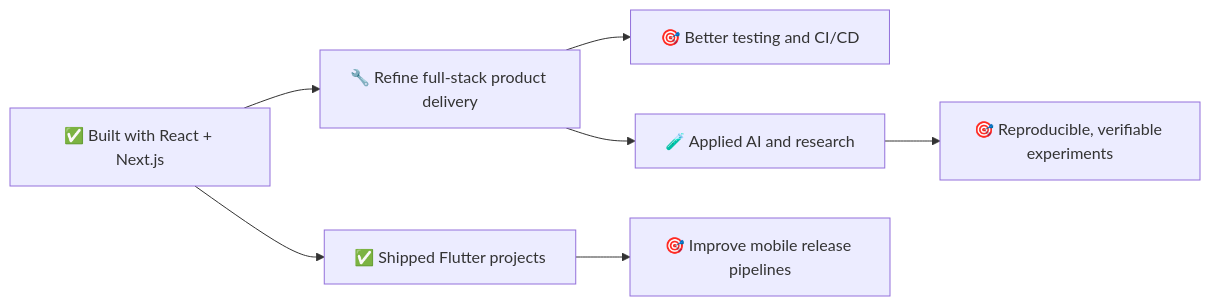
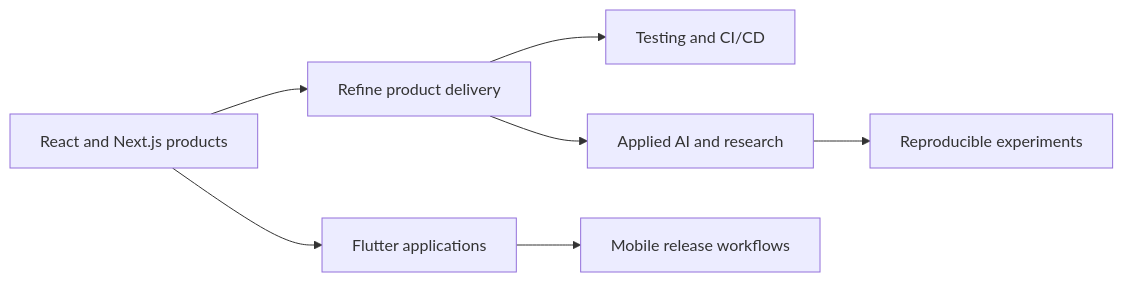
The diagram in README.md (Rafi12234/Rafi12234), drawn with Mermaid before and after one commit. The commit also changed other lines of this file, not shown here.

Commit message:
fix(profile): restore branded header and valid GitHub Markdown cards and roadmap

````diff
--- a/README.md
+++ b/README.md
@@ -695,9 +607,9 @@
 ```mermaid
-graph LR
-  A[✅ Built with React + Next.js] --> B[🔧 Refine full-stack product delivery]
-  A --> C[✅ Shipped Flutter projects]
-  B --> D[🎯 Better testing and CI/CD]
-  C --> E[🎯 Improve mobile release pipelines]
-  B --> F[🧪 Applied AI and research]
-  F --> G[🎯 Reproducible, verifiable experiments]
+flowchart LR
+  A["React and Next.js products"] --> B["Refine product delivery"]
+  A --> C["Flutter applications"]
+  B --> D["Testing and CI/CD"]
+  C --> E["Mobile release workflows"]
+  B --> F["Applied AI and research"]
+  F --> G["Reproducible experiments"]
 ```
````
